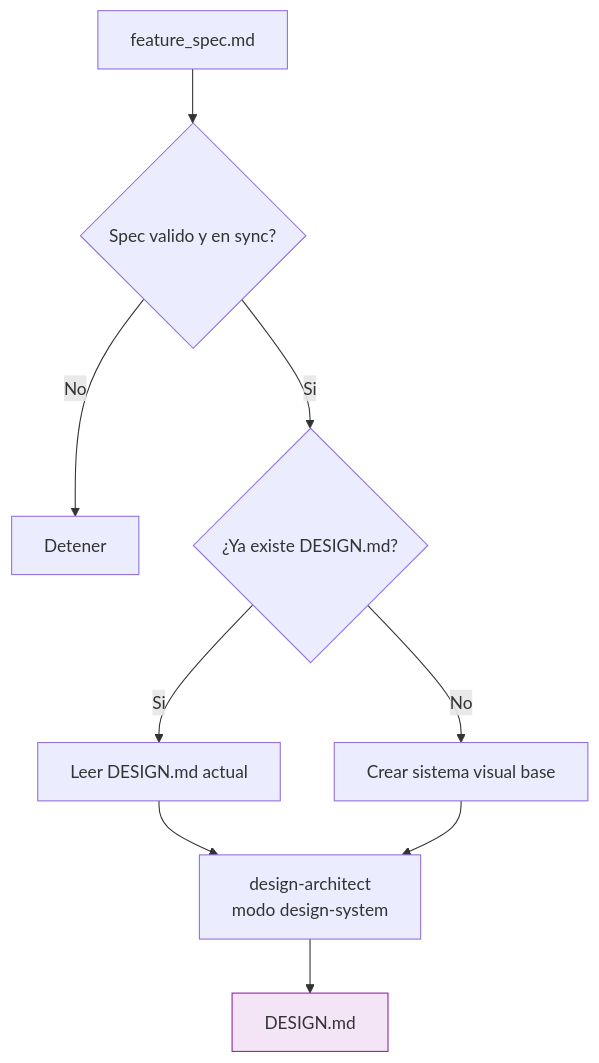
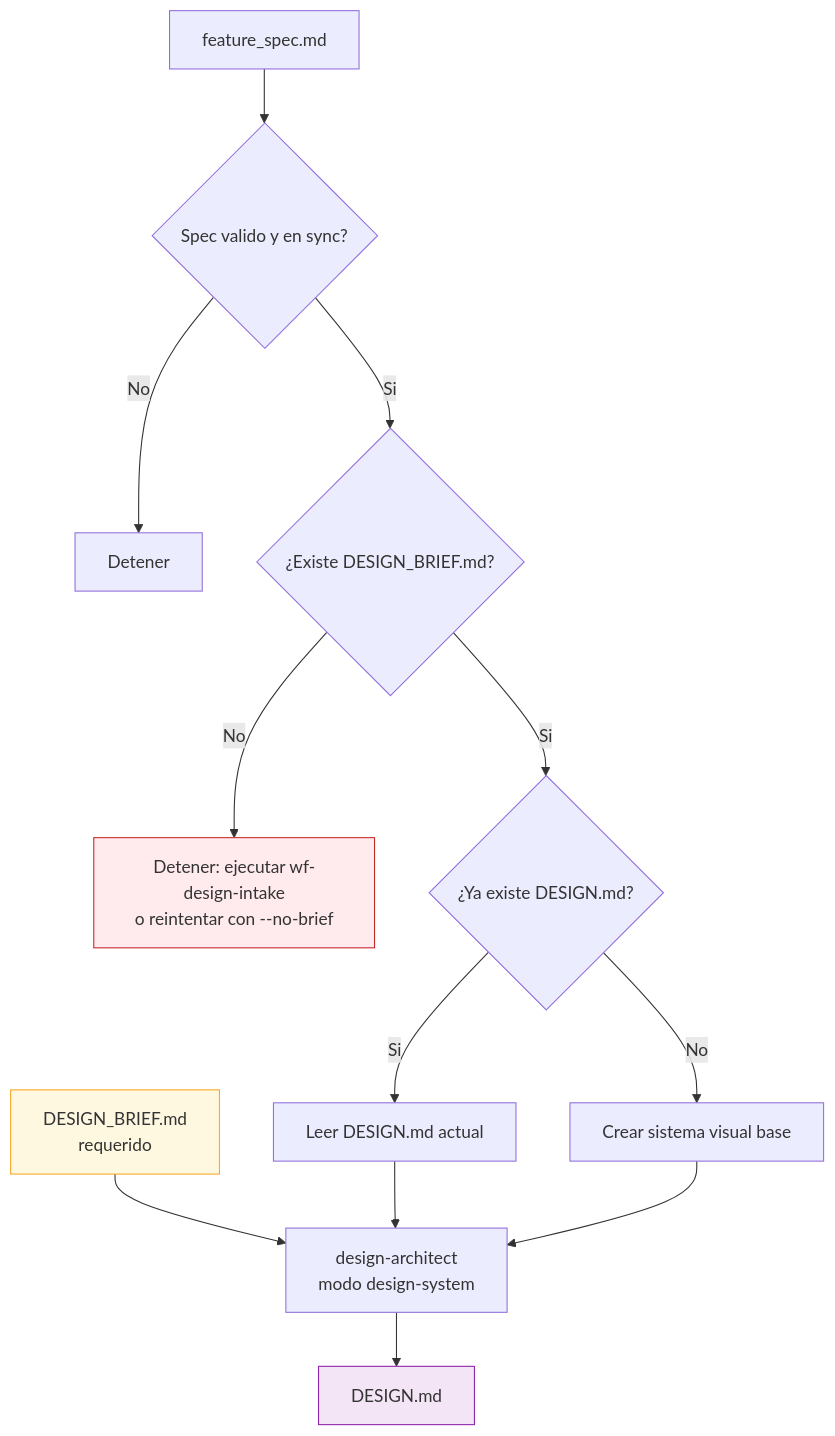
Before and after one commit to OspofeDeveloper/ai-dev-agents-lab: the third of 9 diagrams in sdd/design/DIAGRAMS.md, drawn with Mermaid. The commit also changed other lines of this file and 193 other files, not shown here.

````diff
--- a/sdd/design/DIAGRAMS.md
+++ b/sdd/design/DIAGRAMS.md
@@ -39,14 +139,20 @@
 ```mermaid
 flowchart TD
     Spec[feature_spec.md]
+    Brief[DESIGN_BRIEF.md<br/>requerido]
     Spec --> Check{"Spec valido y en sync?"}
     Check -->|No| Stop[Detener]
-    Check -->|Si| Existing{"¿Ya existe DESIGN.md?"}
+    Check -->|Si| BriefGate{"¿Existe DESIGN_BRIEF.md?"}
+    BriefGate -->|No| StopBrief["Detener: ejecutar wf-design-intake<br/>o reintentar con --no-brief"]
+    BriefGate -->|Si| Existing{"¿Ya existe DESIGN.md?"}
     Existing -->|Si| ReadCurrent[Leer DESIGN.md actual]
     Existing -->|No| NewSystem[Crear sistema visual base]
-    ReadCurrent --> Agent["design-architect<br/>modo design-system"]
+    Brief --> Agent["design-architect<br/>modo design-system"]
+    ReadCurrent --> Agent
     NewSystem --> Agent
     Agent --> DesignFile[DESIGN.md]
 
     style DesignFile fill:#f3e5f5,stroke:#8e24aa
+    style Brief fill:#fff8e1,stroke:#f9a825
+    style StopBrief fill:#ffebee,stroke:#c62828
 ```
````
